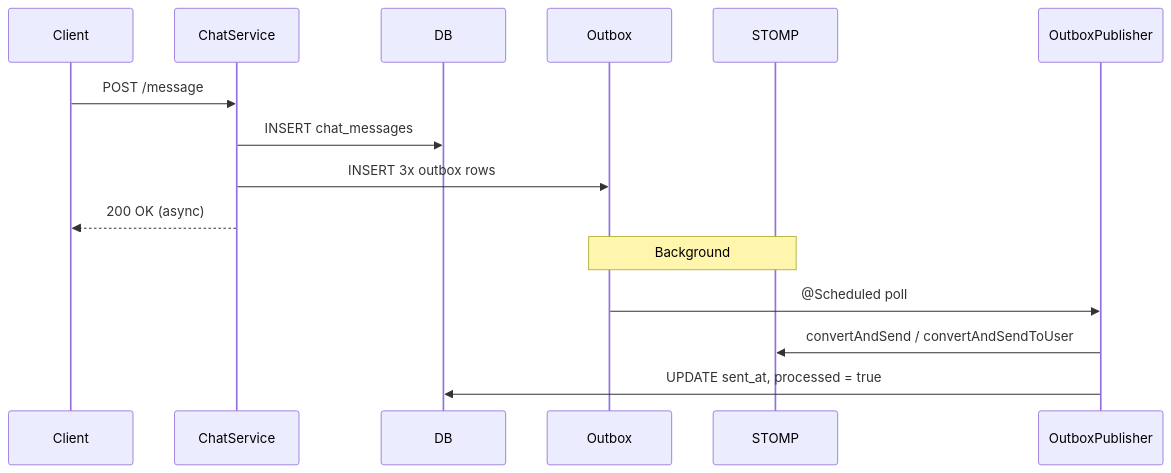
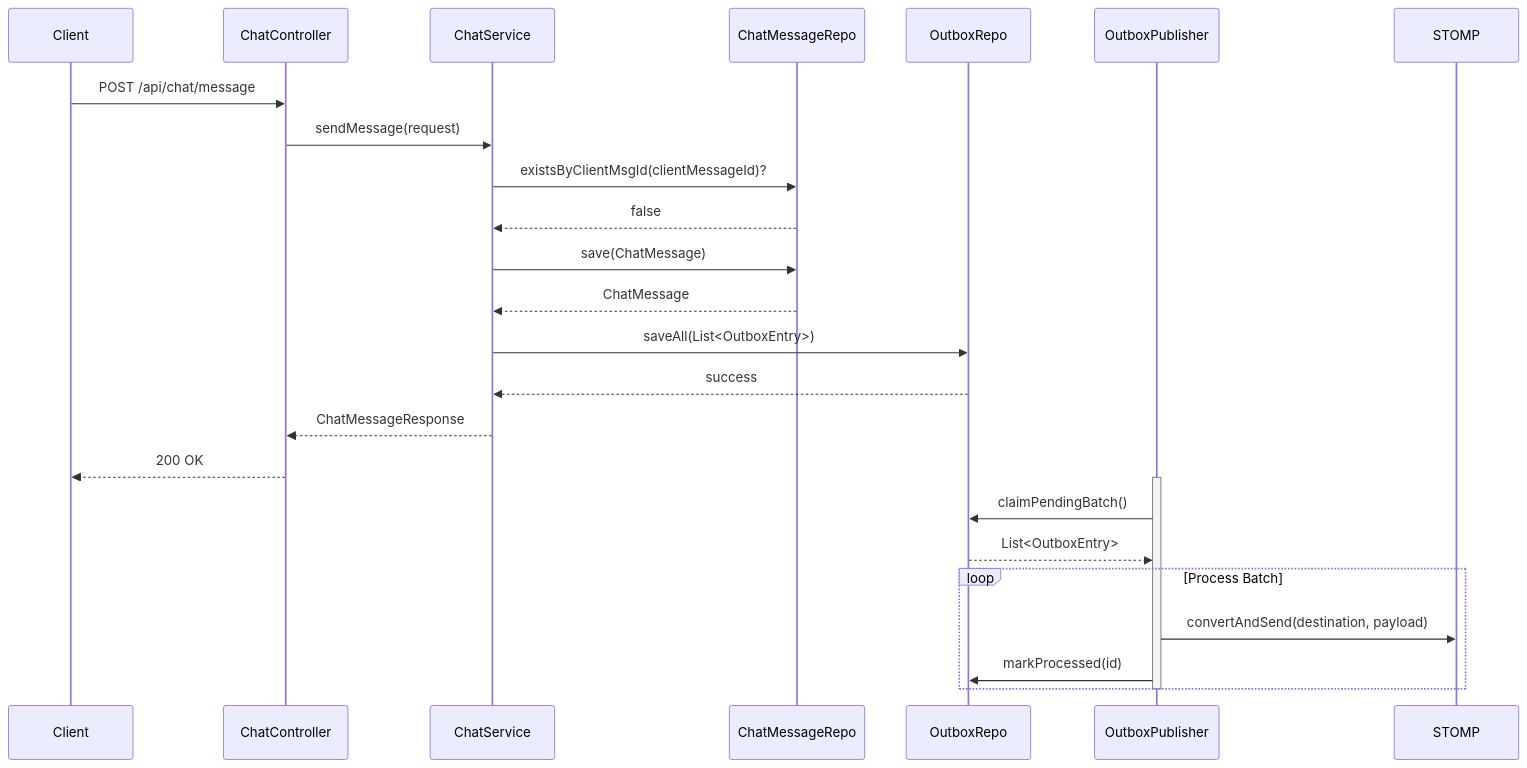
The fourth of 5 diagrams in docs/LowLevelDesign.md (kagit00/chats), drawn with Mermaid before and after one commit. The commit also changed other lines of this file and 1 other file, not shown here.

````diff
--- a/docs/LowLevelDesign.md
+++ b/docs/LowLevelDesign.md
@@ -100,18 +450,30 @@
 ```mermaid
 sequenceDiagram
     participant Client
+    participant ChatController
     participant ChatService
-    participant DB
-    participant Outbox
+    participant ChatMessageRepo
+    participant OutboxRepo
+    participant OutboxPublisher
     participant STOMP
 
-    Client->>ChatService: POST /message
-    ChatService->>DB: INSERT chat_messages
-    ChatService->>Outbox: INSERT 3x outbox rows
-    ChatService-->>Client: 200 OK (async)
+    Client->>ChatController: POST /api/chat/message
+    ChatController->>ChatService: sendMessage(request)
+    ChatService->>ChatMessageRepo: existsByClientMsgId(clientMessageId)?
+    ChatMessageRepo-->>ChatService: false
+    ChatService->>ChatMessageRepo: save(ChatMessage)
+    ChatMessageRepo-->>ChatService: ChatMessage
+    ChatService->>OutboxRepo: saveAll(List<OutboxEntry>)
+    OutboxRepo-->>ChatService: success
+    ChatService-->>ChatController: ChatMessageResponse
+    ChatController-->>Client: 200 OK
 
-    Note over Outbox,STOMP: Background
-    Outbox->>OutboxPublisher: @Scheduled poll
-    OutboxPublisher->>STOMP: convertAndSend / convertAndSendToUser
-    OutboxPublisher->>DB: UPDATE sent_at, processed = true
+    activate OutboxPublisher
+    OutboxPublisher->>OutboxRepo: claimPendingBatch()
+    OutboxRepo-->>OutboxPublisher: List<OutboxEntry>
+    loop Process Batch
+        OutboxPublisher->>STOMP: convertAndSend(destination, payload)
+        OutboxPublisher->>OutboxRepo: markProcessed(id)
+    end
+    deactivate OutboxPublisher
 ```
````
